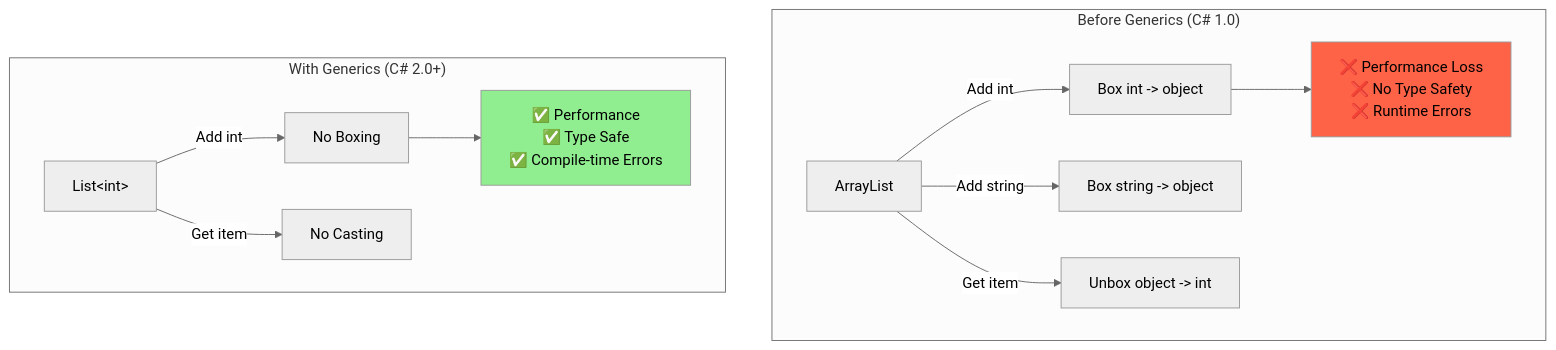
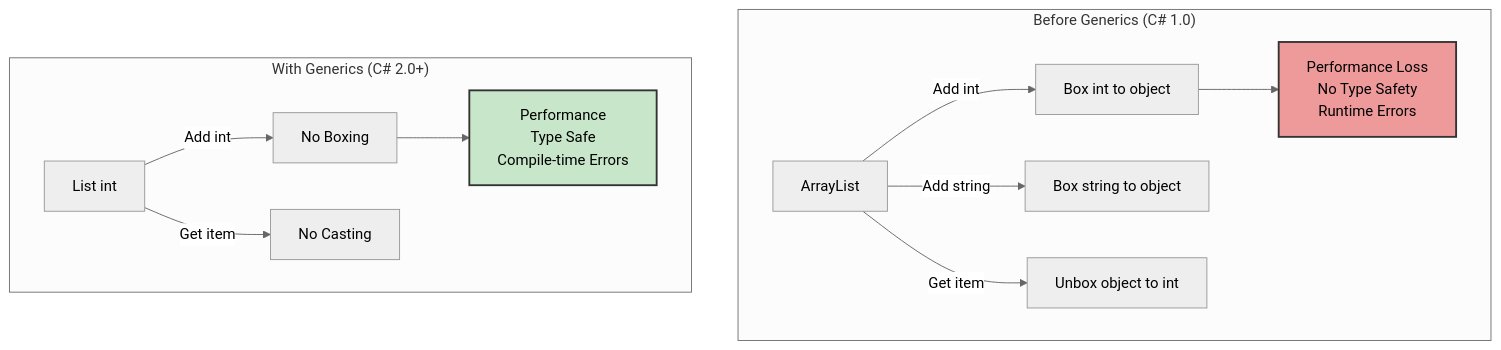
One commit to NguyenPhamCode4You/ai-home-lab-docker-compose changed the first of 12 diagrams in C# fundamentals/day05-generics.md. Above: the diagram before and after it, drawn with Mermaid (neutral theme). The commit also changed other lines of this file and 10 other files, not shown here.

````diff
--- a/C# fundamentals/day05-generics.md
+++ b/C# fundamentals/day05-generics.md
@@ -21,18 +21,18 @@
 ```mermaid
 graph TB
     subgraph "Before Generics (C# 1.0)"
-        A1[ArrayList] -->|Add int| B1[Box int -> object]
-        A1 -->|Add string| B2[Box string -> object]
-        A1 -->|Get item| C1[Unbox object -> int]
-        B1 --> D1[❌ Performance Loss<br/>❌ No Type Safety<br/>❌ Runtime Errors]
+        A1[ArrayList] -->|Add int| B1[Box int to object]
+        A1 -->|Add string| B2[Box string to object]
+        A1 -->|Get item| C1[Unbox object to int]
+        B1 --> D1[Performance Loss<br/>No Type Safety<br/>Runtime Errors]
     end
 
     subgraph "With Generics (C# 2.0+)"
-        E1[List&lt;int&gt;] -->|Add int| F1[No Boxing]
+        E1[List int] -->|Add int| F1[No Boxing]
         E1 -->|Get item| G1[No Casting]
-        F1 --> H1[✅ Performance<br/>✅ Type Safe<br/>✅ Compile-time Errors]
+        F1 --> H1[Performance<br/>Type Safe<br/>Compile-time Errors]
     end
 
-    style D1 fill:#FF6347
-    style H1 fill:#90EE90
+    style D1 fill:#ef9a9a,stroke:#333,stroke-width:2px
+    style H1 fill:#c8e6c9,stroke:#333,stroke-width:2px
 ```
````
